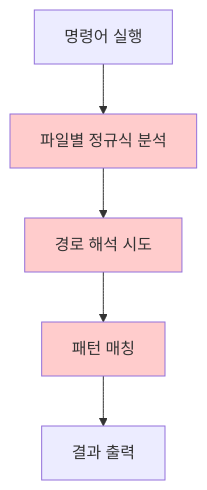
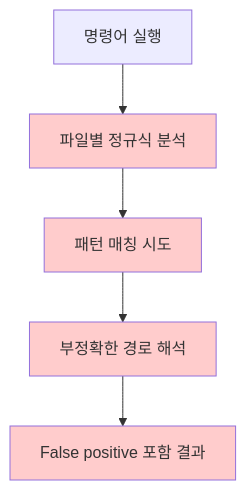
One commit to mineclover/deps-cli changed the first of 2 diagrams in docs/ENHANCED_PERFORMANCE_COMPARISON.md. Above: the diagram before and after it, drawn with Mermaid. The commit also changed other lines of this file and 41 other files, not shown here.

````diff
--- a/docs/ENHANCED_PERFORMANCE_COMPARISON.md
+++ b/docs/ENHANCED_PERFORMANCE_COMPARISON.md
@@ -112,11 +110,12 @@
 ```mermaid
 graph TB
     A[명령어 실행] --> B[파일별 정규식 분석]
-    B --> C[경로 해석 시도]
-    C --> D[패턴 매칭]
-    D --> E[결과 출력]
+    B --> C[패턴 매칭 시도]
+    C --> D[부정확한 경로 해석]
+    D --> E[False positive 포함 결과]
 
     style B fill:#ffcccc
     style C fill:#ffcccc
     style D fill:#ffcccc
+    style E fill:#ffcccc
 ```
````
